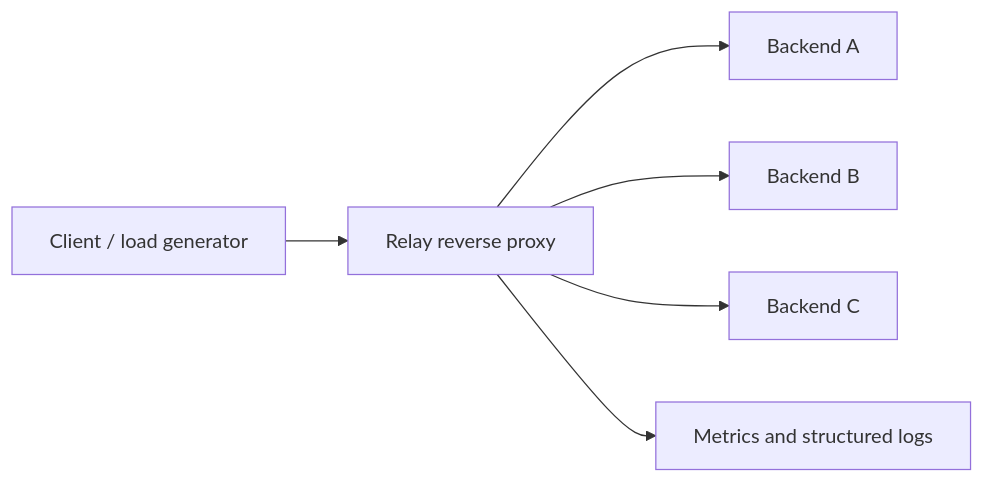
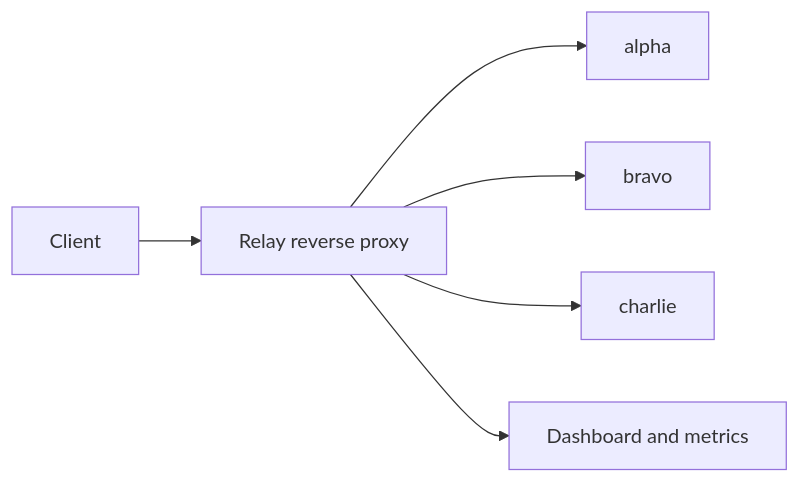
Before and after one commit to HVKS07/relay: the diagram in README.md, drawn with Mermaid. The commit also changed other lines of this file, not shown here.

````diff
--- a/README.md
+++ b/README.md
@@ -94,8 +11,8 @@
 ```mermaid
 flowchart LR
-    Client[Client / load generator] --> Relay[Relay reverse proxy]
-    Relay --> A[Backend A]
-    Relay --> B[Backend B]
-    Relay --> C[Backend C]
-    Relay --> Metrics[Metrics and structured logs]
+    Client[Client] --> Relay[Relay reverse proxy]
+    Relay --> A[alpha]
+    Relay --> B[bravo]
+    Relay --> C[charlie]
+    Relay --> Metrics[Dashboard and metrics]
 ```
````
